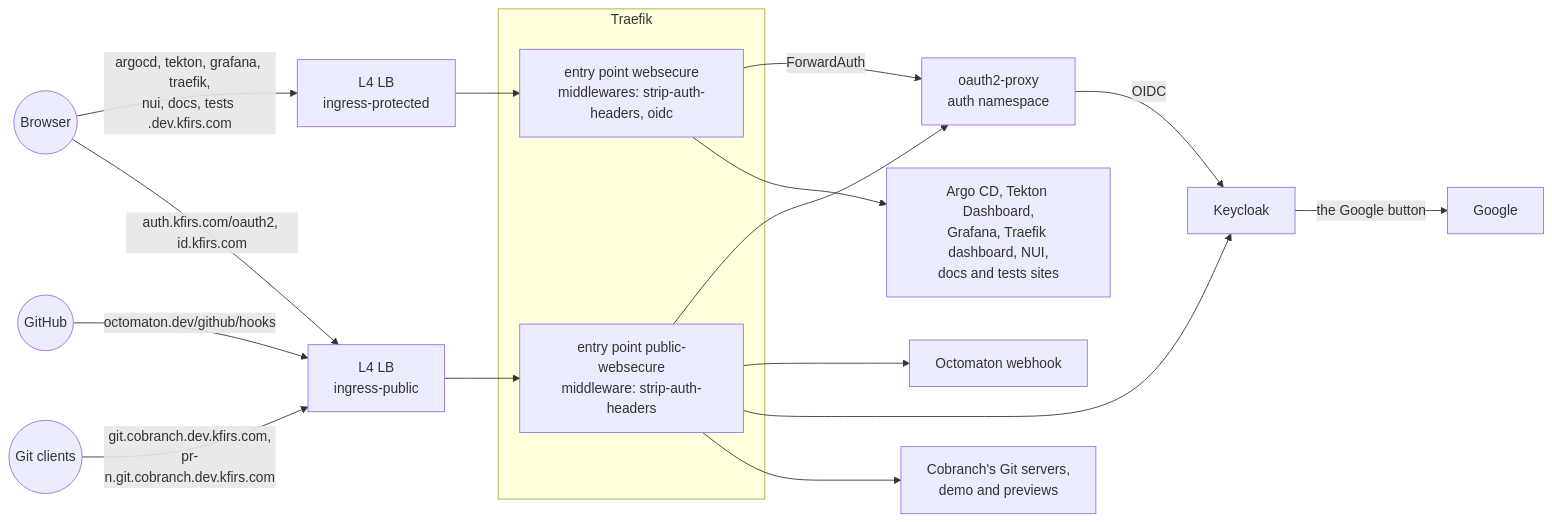
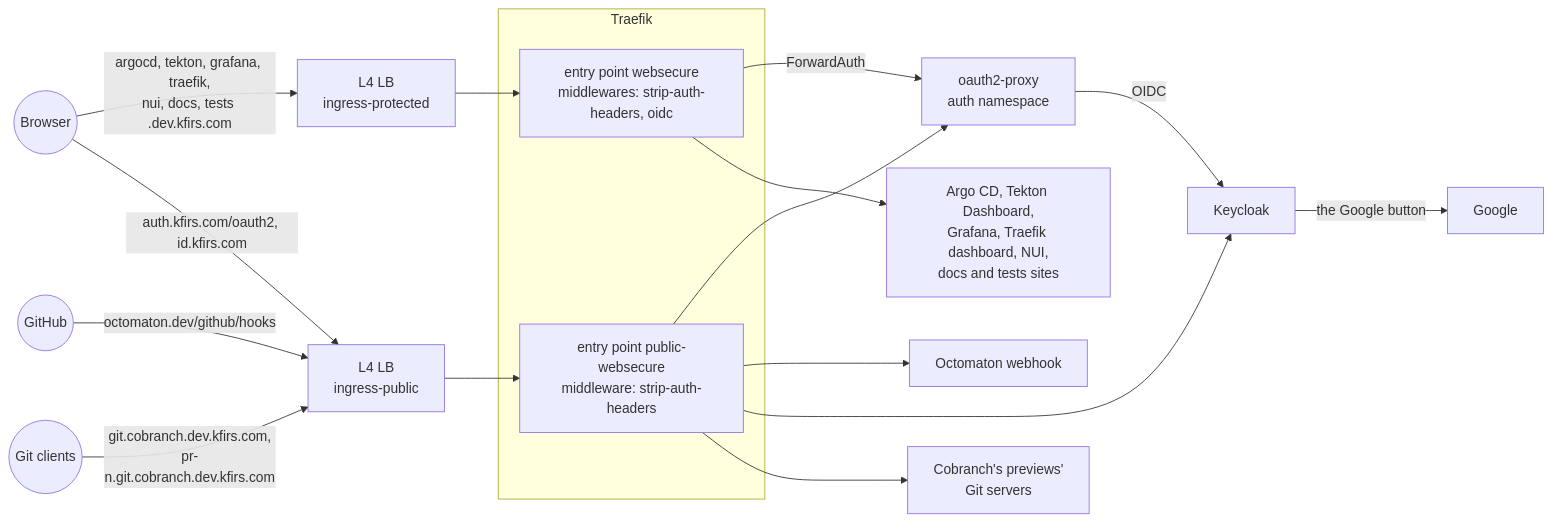
One commit to arikkfir-org/delivery changed the first of 2 diagrams in docs/delivery/designs/phase-3-ingress-and-auth.md. Above: the diagram before and after it, drawn with Mermaid. The commit also changed other lines of this file and 30 other files, not shown here.

First line of the commit message:
chore(cobranch): take the demo down, keeping the previews

````diff
--- a/docs/delivery/designs/phase-3-ingress-and-auth.md
+++ b/docs/delivery/designs/phase-3-ingress-and-auth.md
@@ -11,21 +11,21 @@
 ```mermaid
 flowchart LR
   U((Browser)) -- "argocd, tekton, grafana, traefik,<br/>nui, docs, tests .dev.kfirs.com" --> P[L4 LB<br/>ingress-protected]
   G((GitHub)) -- octomaton.dev/github/hooks --> Q[L4 LB<br/>ingress-public]
   U -- "auth.kfirs.com/oauth2, id.kfirs.com" --> Q
   GC((Git clients)) -- "git.cobranch.dev.kfirs.com,<br/>pr-n.git.cobranch.dev.kfirs.com" --> Q
   subgraph traefik[Traefik]
     WS[entry point websecure<br/>middlewares: strip-auth-headers, oidc]
     PW[entry point public-websecure<br/>middleware: strip-auth-headers]
   end
   P --> WS
   Q --> PW
   WS -- ForwardAuth --> O[oauth2-proxy<br/>auth namespace]
   WS --> APPS[Argo CD, Tekton Dashboard,<br/>Grafana, Traefik dashboard, NUI,<br/>docs and tests sites]
   PW --> O
   PW --> SB[Octomaton webhook]
   PW --> K
-  PW --> GS[Cobranch's Git servers,<br/>demo and previews]
+  PW --> GS[Cobranch's previews'<br/>Git servers]
   O -- OIDC --> K[Keycloak]
   K -- the Google button --> GO[Google]
 ```
````
